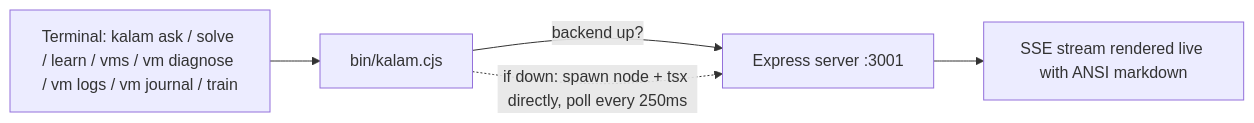
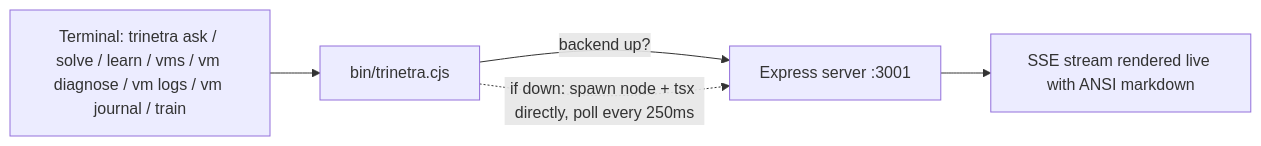
Before and after one commit to AdityaRam24/kalam: the ninth of 9 diagrams in ARCHITECTURE.md, drawn with Mermaid. The commit also changed other lines of this file and 100 other files, not shown here.

````diff
--- a/ARCHITECTURE.md
+++ b/ARCHITECTURE.md
@@ -813,7 +813,7 @@
 ```mermaid
 flowchart LR
-    T["Terminal: kalam ask / solve / learn / vms / vm diagnose / vm logs / vm journal / train"] --> CLI["bin/kalam.cjs"]
+    T["Terminal: trinetra ask / solve / learn / vms / vm diagnose / vm logs / vm journal / train"] --> CLI["bin/trinetra.cjs"]
     CLI -->|"backend up?"| API["Express server :3001"]
     CLI -.->|"if down: spawn node + tsx directly, poll every 250ms"| API
     API --> ANSWER["SSE stream rendered live with ANSI markdown"]
 ```
````
